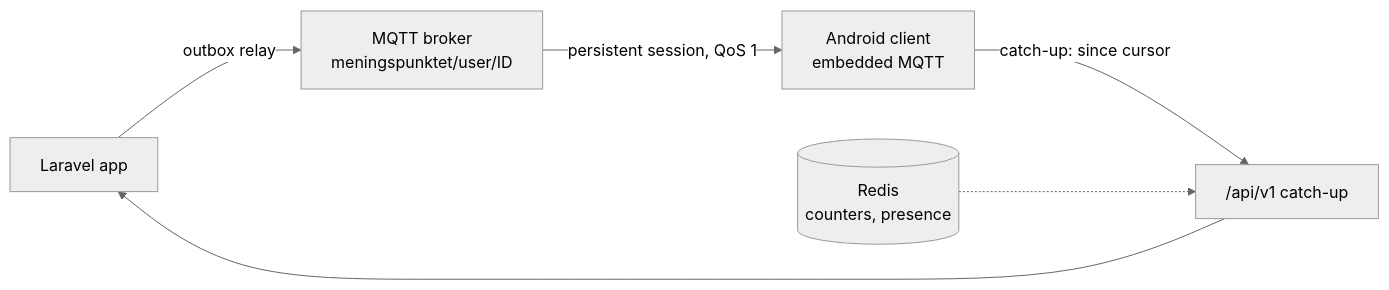
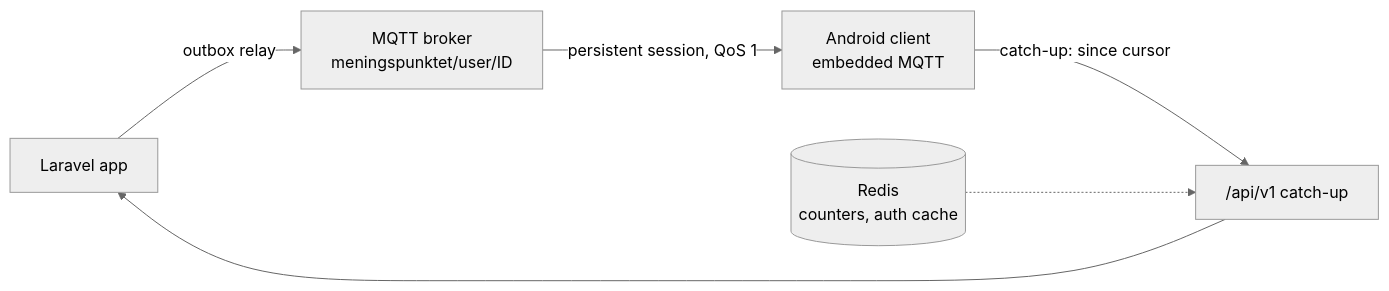
One commit to lasseborly/unofficial-meningspunktet-android changed the diagram in docs/upstream-notification-api.md. Above: the diagram before and after it, drawn with Mermaid (neutral theme). The commit also changed other lines of this file, not shown here.

First line of the commit message:
docs: drop the Redis presence key and clarify JWT lifecycle

````diff
--- a/docs/upstream-notification-api.md
+++ b/docs/upstream-notification-api.md
@@ -24,8 +24,8 @@
 ```mermaid
 flowchart LR
   A[Laravel app] -->|outbox relay| B[MQTT broker<br/>meningspunktet/user/ID]
   B -->|persistent session, QoS 1| C[Android client<br/>embedded MQTT]
   C -->|catch-up: since cursor| P["/api/v1 catch-up"]
   P --> A
-  R[(Redis<br/>counters, presence)] -.-> P
+  R[(Redis<br/>counters, auth cache)] -.-> P
 ```
````
